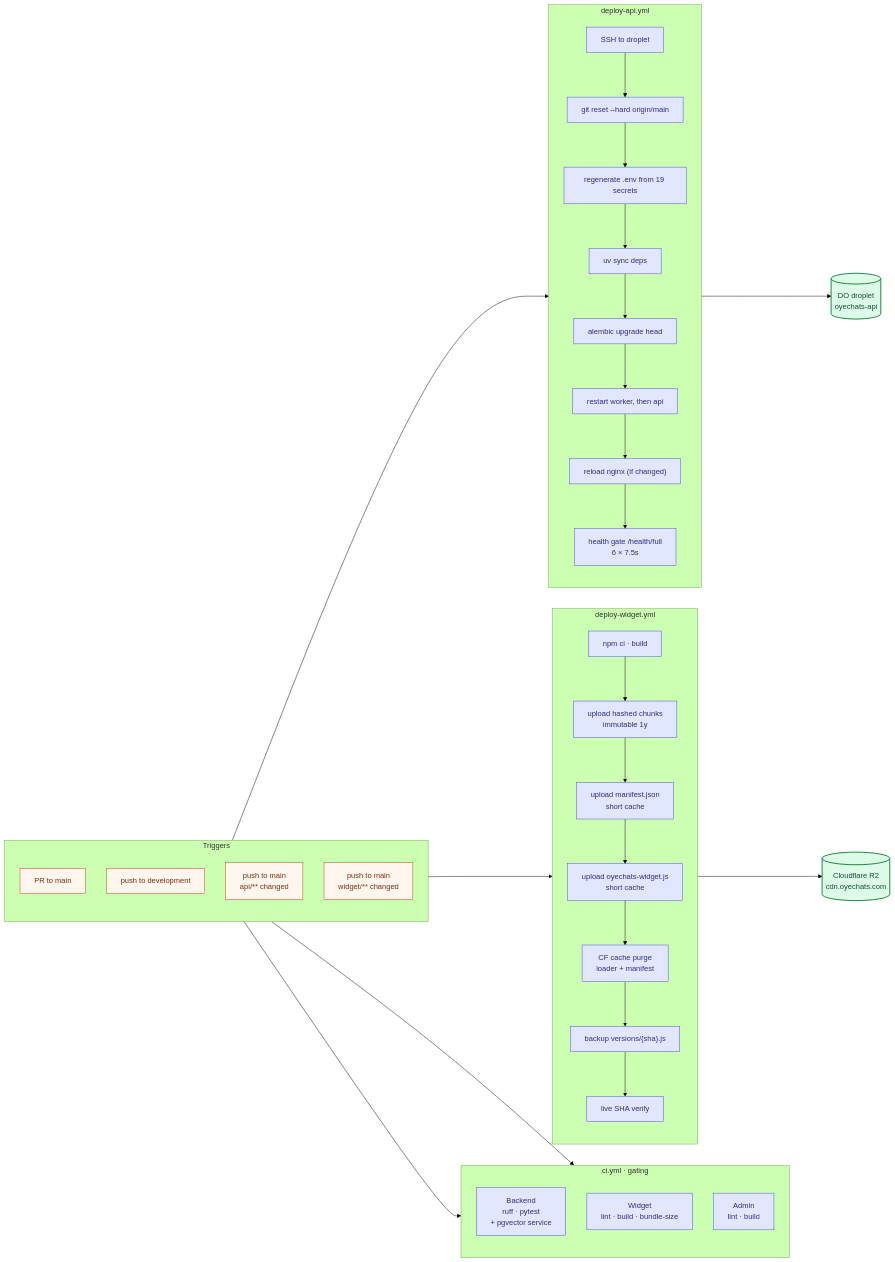
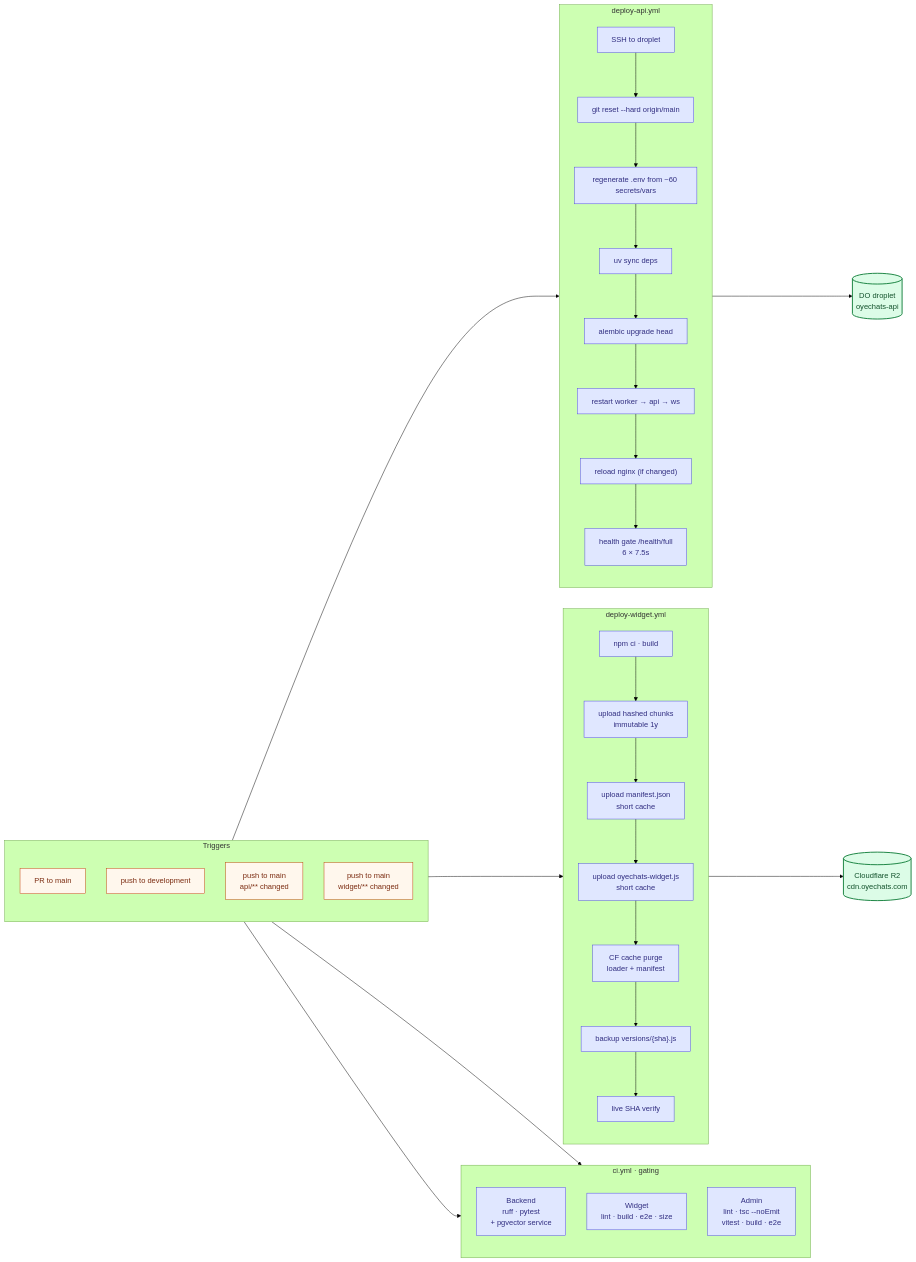
Before and after one commit to digibranders/oye-chats-platform: the first of 2 diagrams in docs/system-design/docs/07-deployment/ci-cd.md, drawn with Mermaid (forest theme). The commit also changed other lines of this file and 35 other files, not shown here.

First line of the commit message:
docs(system-design): the architecture site described a system two rewrites old

````diff
--- a/docs/system-design/docs/07-deployment/ci-cd.md
+++ b/docs/system-design/docs/07-deployment/ci-cd.md
@@ -13,60 +13,60 @@
 ```mermaid
 ---
 config:
   flowchart:
     nodeSpacing: 45
     rankSpacing: 70
 ---
 flowchart LR
     classDef event fill:#fff7ed,stroke:#c2410c,color:#7c2d12
     classDef job fill:#e0e7ff,stroke:#4f46e5,color:#312e81
     classDef target fill:#dcfce7,stroke:#15803d,color:#14532d,stroke-width:2px
 
     subgraph Events["Triggers"]
       direction TB
       PR["PR to main"]:::event
       DevPush["push to development"]:::event
       MainAPI["push to main<br/>api/** changed"]:::event
       MainWidget["push to main<br/>widget/** changed"]:::event
     end
 
     subgraph CI["ci.yml · gating"]
       direction TB
       ci_back["Backend<br/>ruff · pytest<br/>+ pgvector service"]:::job
-      ci_widget["Widget<br/>lint · build · bundle-size"]:::job
-      ci_admin["Admin<br/>lint · build"]:::job
+      ci_widget["Widget<br/>lint · build · e2e · size"]:::job
+      ci_admin["Admin<br/>lint · tsc --noEmit<br/>vitest · build · e2e"]:::job
     end
 
     subgraph DeployAPI["deploy-api.yml"]
       direction TB
       api_ssh["SSH to droplet"]:::job
       api_reset["git reset --hard origin/main"]:::job
-      api_env["regenerate .env from 19 secrets"]:::job
+      api_env["regenerate .env from ~60 secrets/vars"]:::job
       api_uv["uv sync deps"]:::job
       api_alembic["alembic upgrade head"]:::job
-      api_systemd["restart worker, then api"]:::job
+      api_systemd["restart worker → api → ws"]:::job
       api_nginx["reload nginx (if changed)"]:::job
       api_health["health gate /health/full<br/>6 × 7.5s"]:::job
       api_ssh --> api_reset --> api_env --> api_uv --> api_alembic --> api_systemd --> api_nginx --> api_health
     end
 
     subgraph DeployWidget["deploy-widget.yml"]
       direction TB
       w_build["npm ci · build"]:::job
       w_chunks["upload hashed chunks<br/>immutable 1y"]:::job
       w_manifest["upload manifest.json<br/>short cache"]:::job
       w_loader["upload oyechats-widget.js<br/>short cache"]:::job
       w_purge["CF cache purge<br/>loader + manifest"]:::job
       w_versioned["backup versions/{sha}.js"]:::job
       w_smoke["live SHA verify"]:::job
       w_build --> w_chunks --> w_manifest --> w_loader --> w_purge --> w_versioned --> w_smoke
     end
 
     Droplet[("DO droplet<br/>oyechats-api")]:::target
     R2[("Cloudflare R2<br/>cdn.oyechats.com")]:::target
 
     PR --> CI
     DevPush --> CI
     MainAPI --> DeployAPI --> Droplet
     MainWidget --> DeployWidget --> R2
 ```
````
